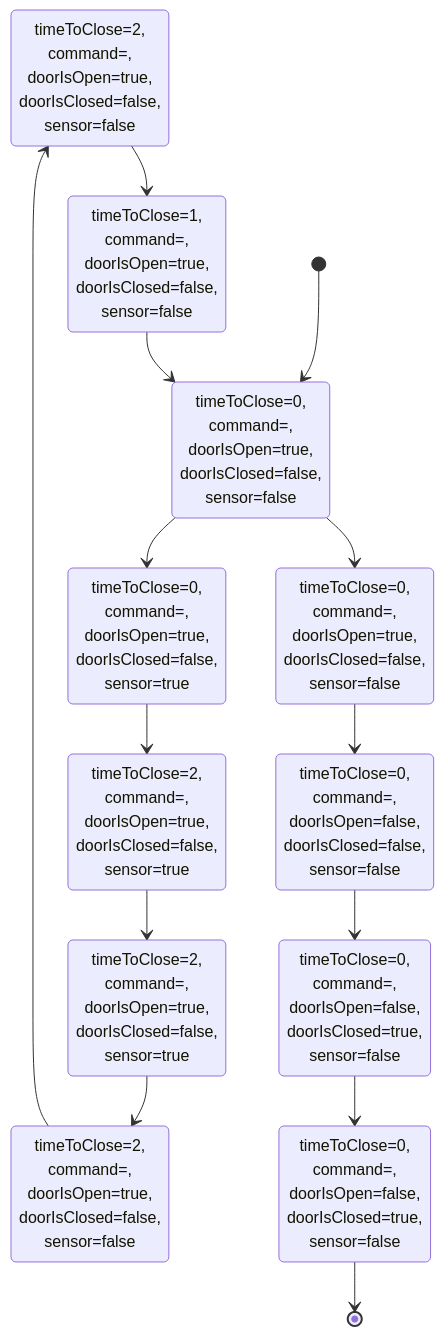
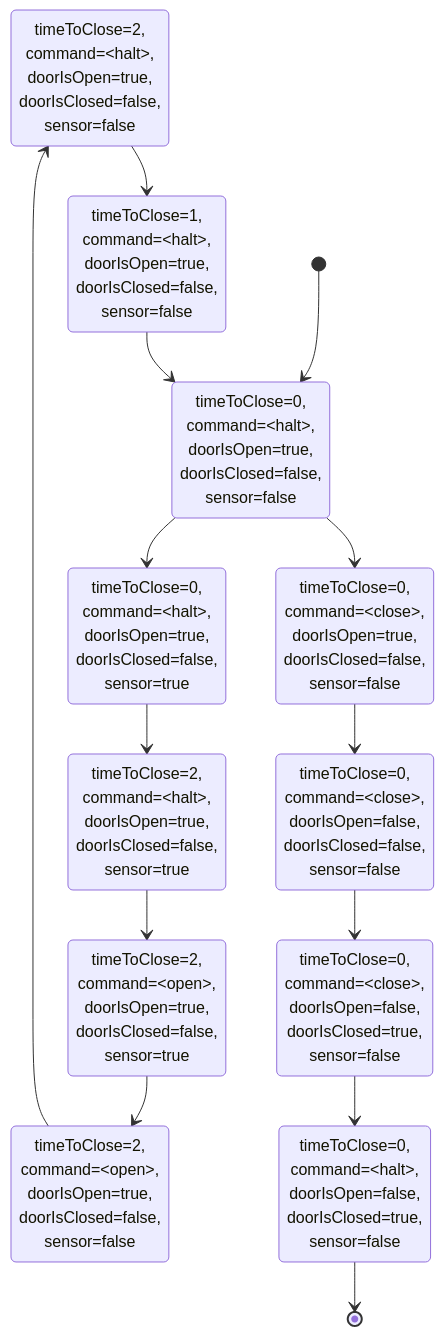
Before and after one commit to overturetool/overturetool.github.io: the second of 2 diagrams in _netmeetings/Net-Meeting-145.md, drawn with Mermaid.

````diff
--- a/_netmeetings/Net-Meeting-145.md
+++ b/_netmeetings/Net-Meeting-145.md
@@ -53,71 +53,71 @@
 ```mermaid
 stateDiagram
   state "timeToClose=0,
-command=<close>,
+command=&lt;close&gt;,
 doorIsOpen=false,
 doorIsClosed=false,
 sensor=false" as s9
   state "timeToClose=0,
-command=<close>,
+command=&lt;close&gt;,
 doorIsOpen=false,
 doorIsClosed=true,
 sensor=false" as s10
   state "timeToClose=2,
-command=<halt>,
+command=&lt;halt&gt;,
 doorIsOpen=true,
 doorIsClosed=false,
 sensor=false" as s6
   state "timeToClose=1,
-command=<halt>,
+command=&lt;halt&gt;,
 doorIsOpen=true,
 doorIsClosed=false,
 sensor=false" as s7
   state "timeToClose=0,
-command=<halt>,
+command=&lt;halt&gt;,
 doorIsOpen=true,
 doorIsClosed=false,
 sensor=false" as s1
   state "timeToClose=0,
-command=<close>,
+command=&lt;close&gt;,
 doorIsOpen=true,
 doorIsClosed=false,
 sensor=false" as s8
   state "timeToClose=2,
-command=<open>,
+command=&lt;open&gt;,
 doorIsOpen=true,
 doorIsClosed=false,
 sensor=false" as s5
   state "timeToClose=0,
-command=<halt>,
+command=&lt;halt&gt;,
 doorIsOpen=false,
 doorIsClosed=true,
 sensor=false" as s11
   state "timeToClose=2,
-command=<halt>,
+command=&lt;halt&gt;,
 doorIsOpen=true,
 doorIsClosed=false,
 sensor=true" as s3
   state "timeToClose=2,
-command=<open>,
+command=&lt;open&gt;,
 doorIsOpen=true,
 doorIsClosed=false,
 sensor=true" as s4
   state "timeToClose=0,
-command=<halt>,
+command=&lt;halt&gt;,
 doorIsOpen=true,
 doorIsClosed=false,
 sensor=true" as s2
   [*] --> s1
   s1 --> s2
   s2 --> s3
   s3 --> s4
   s4 --> s5
   s5 --> s6
   s6 --> s7
   s7 --> s1
   s1 --> s8
   s8 --> s9
   s9 --> s10
   s10 --> s11
   s11 --> [*]
 ```
````
